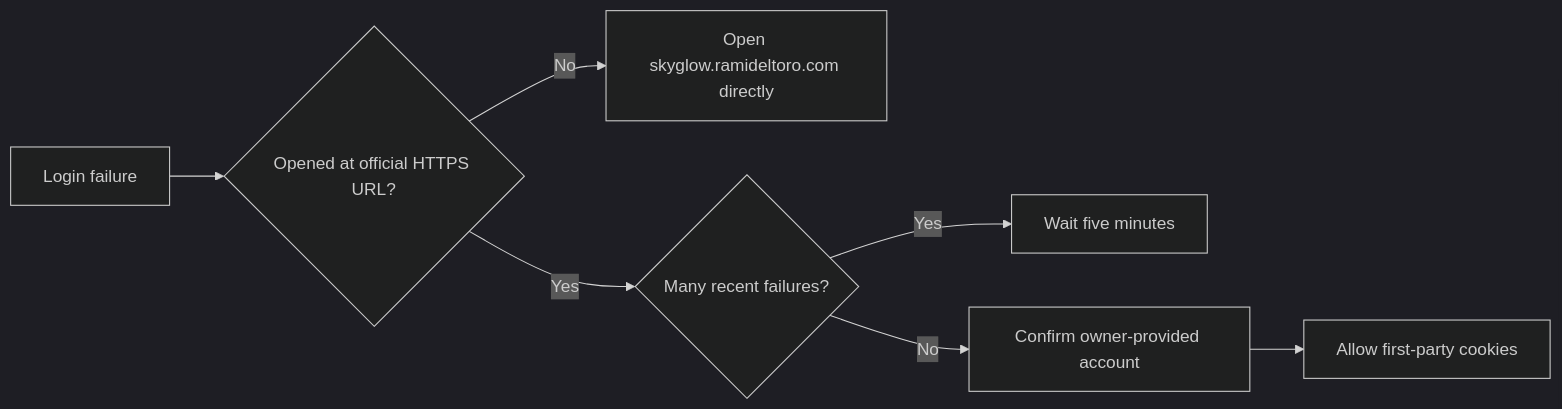
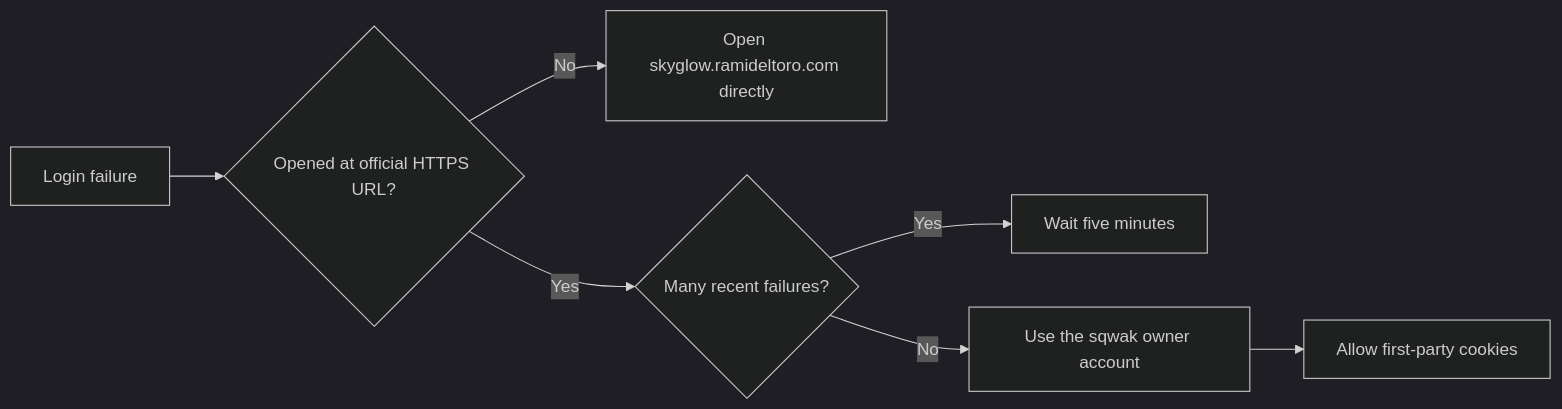
One commit to ramideltoro/skyglow changed the second of 2 diagrams in wiki/skyglow/troubleshooting.md. Above: the diagram before and after it, drawn with Mermaid (dark theme). The commit also changed other lines of this file and 17 other files, not shown here.

````diff
--- a/wiki/skyglow/troubleshooting.md
+++ b/wiki/skyglow/troubleshooting.md
@@ -33,9 +33,9 @@
 ```mermaid
 flowchart LR
     Login[Login failure] --> Origin{Opened at official HTTPS URL?}
     Origin -- No --> Official[Open skyglow.ramideltoro.com directly]
     Origin -- Yes --> Attempts{Many recent failures?}
     Attempts -- Yes --> Wait[Wait five minutes]
-    Attempts -- No --> Owner[Confirm owner-provided account]
+    Attempts -- No --> Owner[Use the sqwak owner account]
     Owner --> Cookies[Allow first-party cookies]
 ```
````
